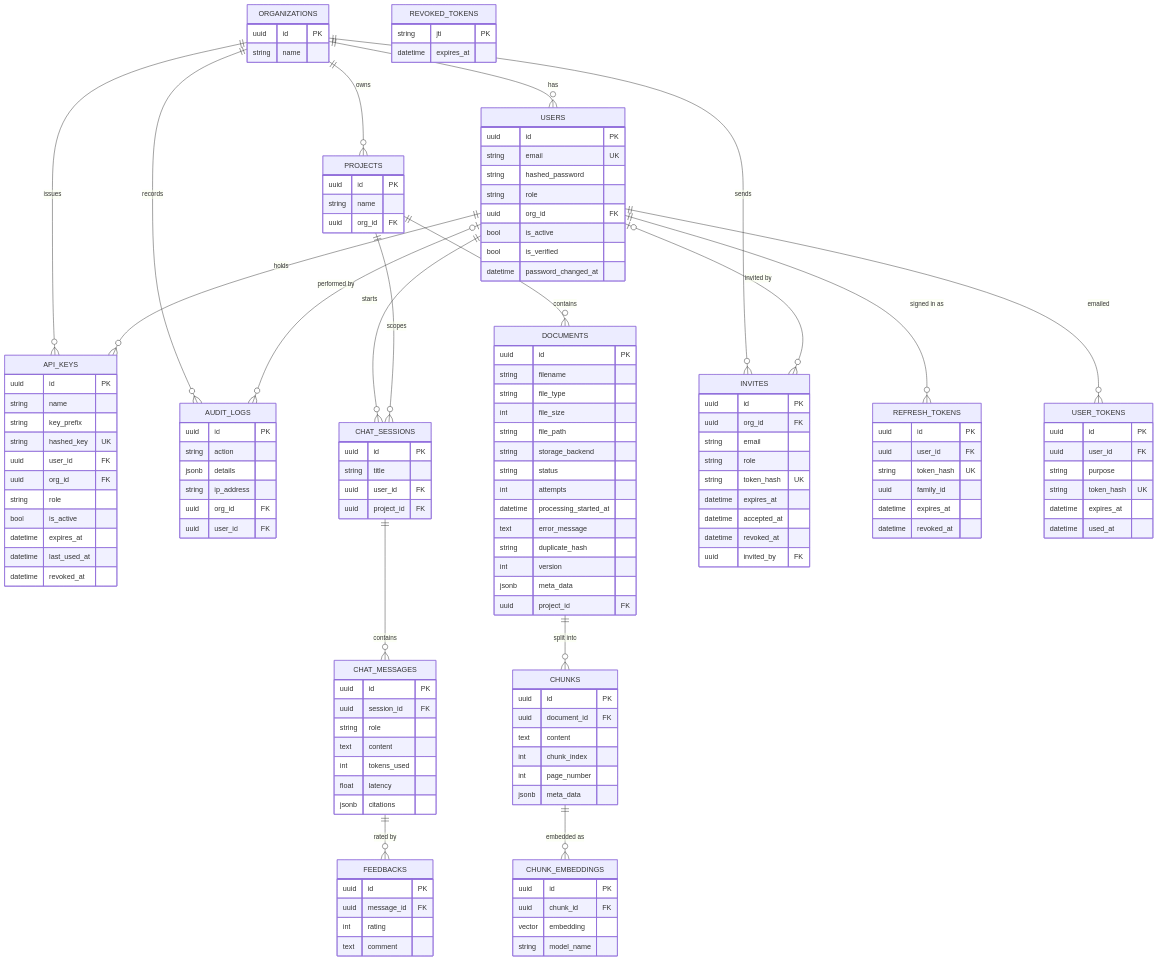
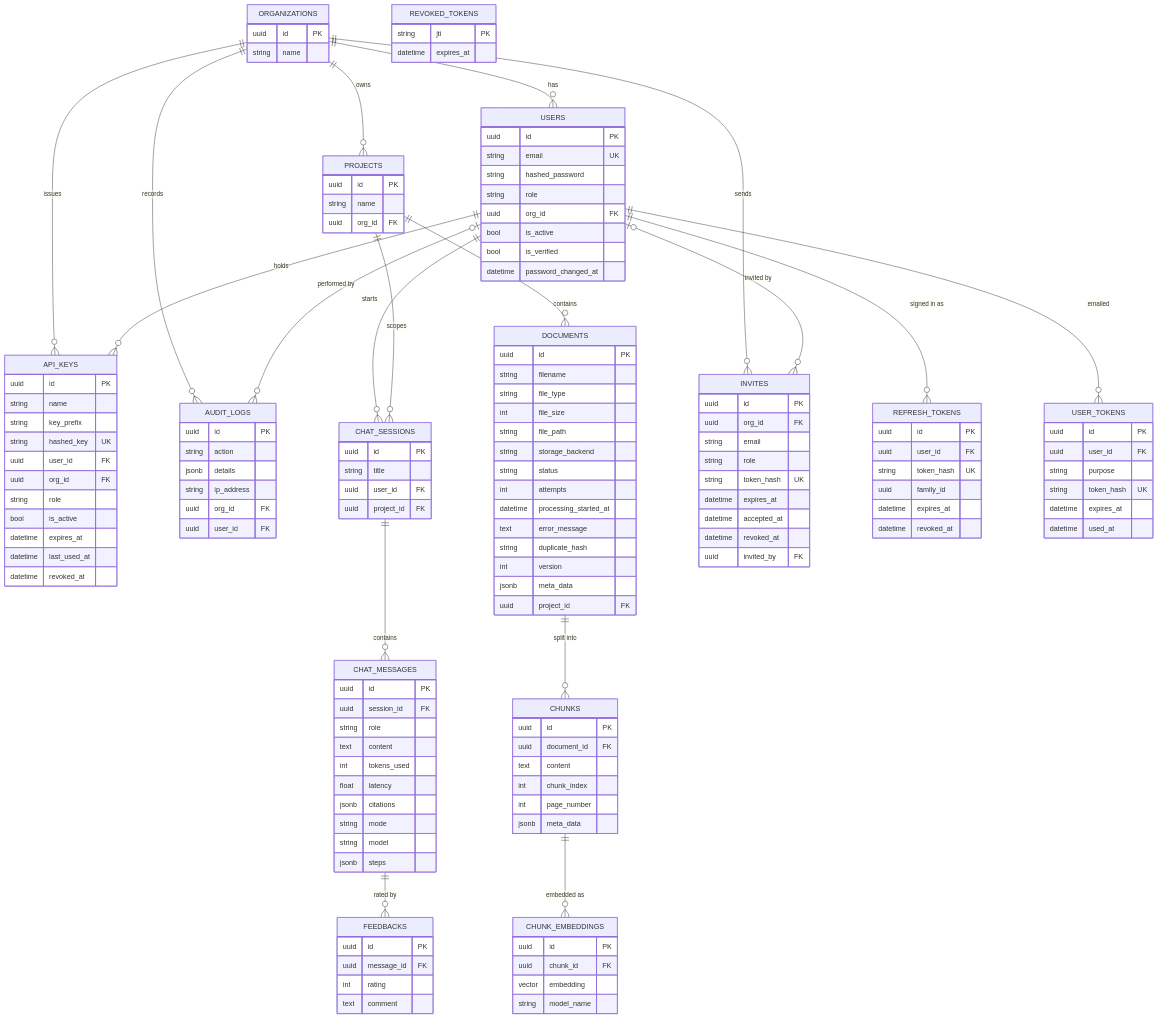
One commit to dhanoliya-ji/DOCMINDS changed diagram 12 of 16 in docs/ARCHITECTURE.md. Above: the diagram before and after it, drawn with Mermaid. The commit also changed other lines of this file and 52 other files, not shown here.

```diff
--- a/docs/ARCHITECTURE.md
+++ b/docs/ARCHITECTURE.md
@@ -641,6 +712,9 @@
         int tokens_used
         float latency
         jsonb citations
+        string mode
+        string model
+        jsonb steps
     }
     FEEDBACKS {
         uuid id PK
```
